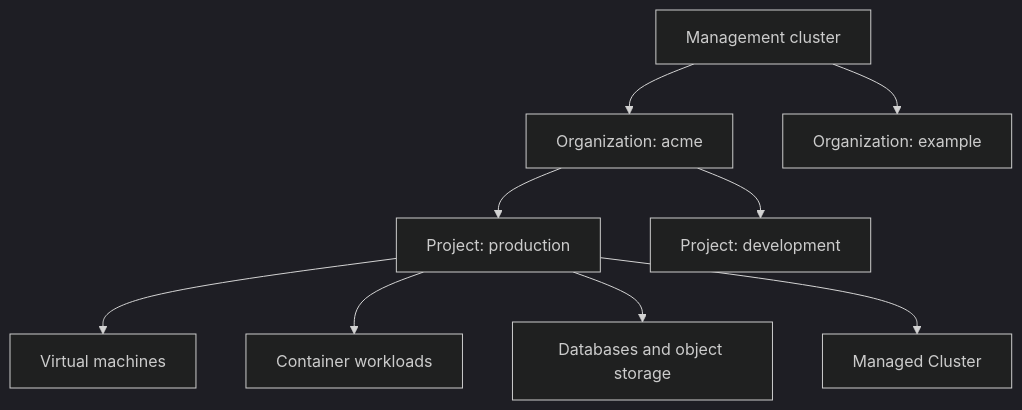
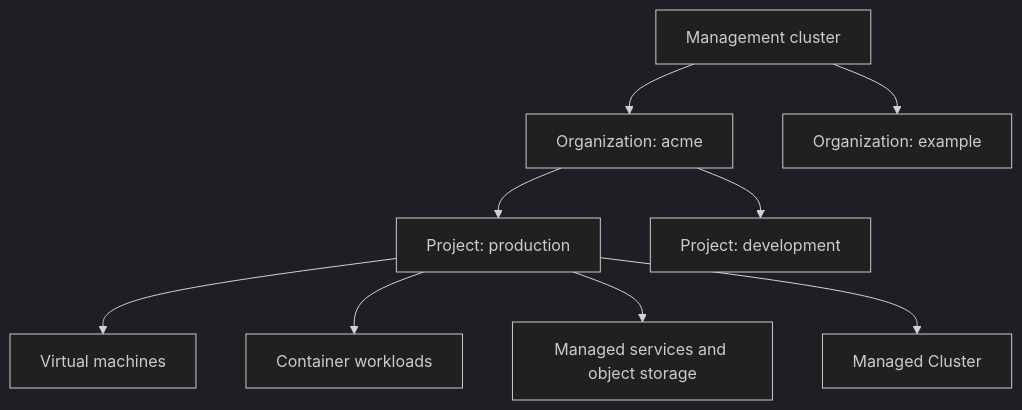
One commit to kube-dc/kube-dc-public changed the first of 3 diagrams in docs/platform/architecture-overview.md. Above: the diagram before and after it, drawn with Mermaid (dark theme). The commit also changed other lines of this file and 60 other files, not shown here.

First line of the commit message:
docs: publish managed services guides, diagrams, and current UI captures

````diff
--- a/docs/platform/architecture-overview.md
+++ b/docs/platform/architecture-overview.md
@@ -18,16 +18,16 @@
 ```mermaid
 flowchart TB
   accTitle: Kube-DC product hierarchy
   accDescr: A management cluster contains Organizations, each Organization contains Projects, and Projects contain workloads and Managed Clusters.
   Platform[Management cluster]
   Platform --> OrgA[Organization: acme]
   Platform --> OrgB[Organization: example]
 
   OrgA --> ProjectA[Project: production]
   OrgA --> ProjectB[Project: development]
 
   ProjectA --> VM[Virtual machines]
   ProjectA --> Apps[Container workloads]
-  ProjectA --> Data[Databases and object storage]
+  ProjectA --> Data[Managed services and object storage]
   ProjectA --> Managed[Managed Cluster]
 ```
````
